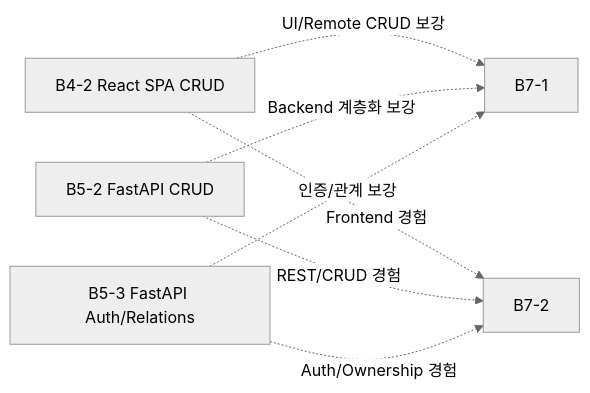
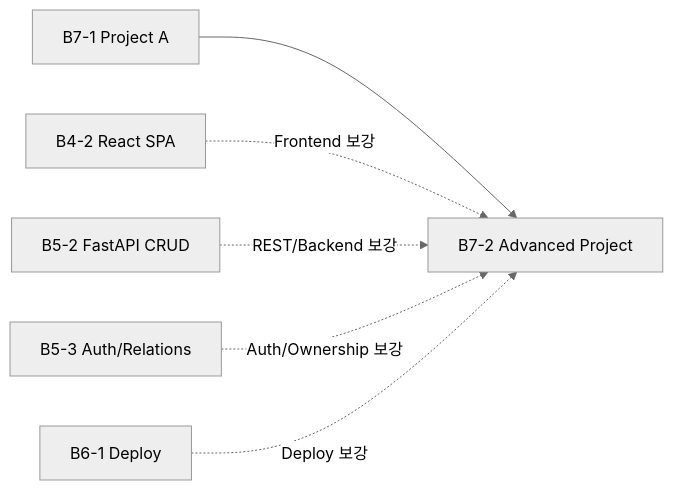
Before and after one commit to MetaStudy999/codyssey-basic: the third of 3 diagrams in training/round-01-clear/MISSION-DEPENDENCY-MAP.md, drawn with Mermaid (neutral theme). The commit also changed other lines of this file, not shown here.

````diff
--- a/training/round-01-clear/MISSION-DEPENDENCY-MAP.md
+++ b/training/round-01-clear/MISSION-DEPENDENCY-MAP.md
@@ -35,9 +109,8 @@
 ```mermaid
 flowchart LR
-    B42[B4-2 React SPA CRUD] -. UI/Remote CRUD 보강 .-> B71[B7-1]
-    B52[B5-2 FastAPI CRUD] -. Backend 계층화 보강 .-> B71
-    B53[B5-3 FastAPI Auth/Relations] -. 인증/관계 보강 .-> B71
-    B42 -. Frontend 경험 .-> B72[B7-2]
-    B52 -. REST/CRUD 경험 .-> B72
-    B53 -. Auth/Ownership 경험 .-> B72
+    B71[B7-1 Project A] --> B72[B7-2 Advanced Project]
+    B42[B4-2 React SPA] -. Frontend 보강 .-> B72
+    B52[B5-2 FastAPI CRUD] -. REST/Backend 보강 .-> B72
+    B53[B5-3 Auth/Relations] -. Auth/Ownership 보강 .-> B72
+    B61[B6-1 Deploy] -. Deploy 보강 .-> B72
 ```
````
